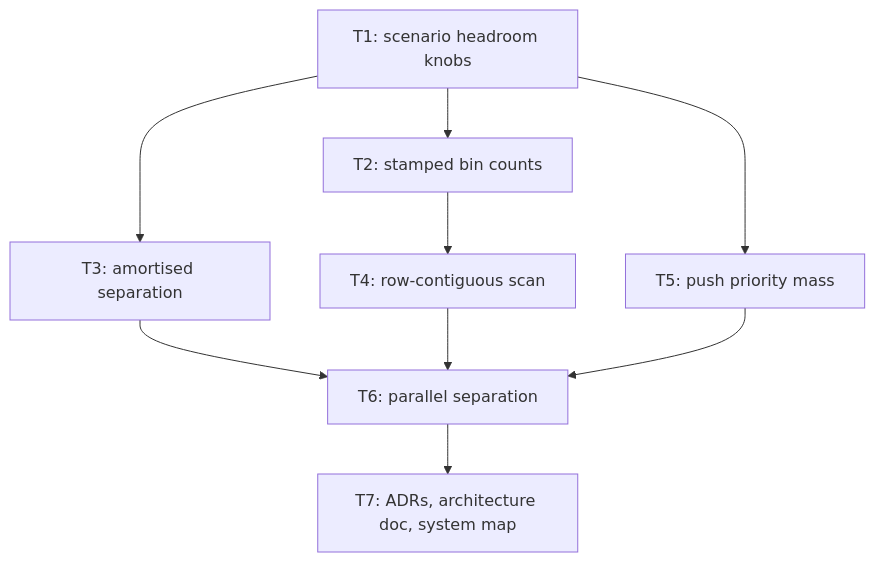
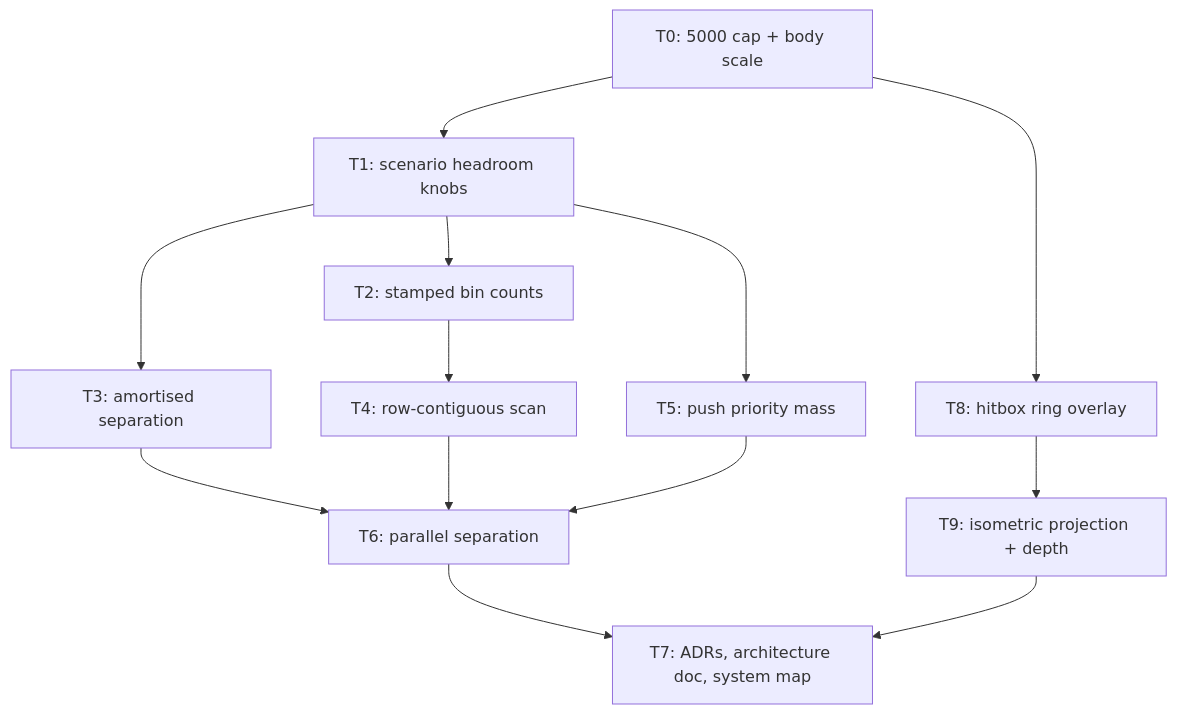
One commit to AronGomu/millions-must-die changed the diagram in ai-artifacts/PLAN_2026_08_09_horde-sim-headroom.md. Above: the diagram before and after it, drawn with Mermaid. The commit also changed other lines of this file and 10 other files, not shown here.

````diff
--- a/ai-artifacts/PLAN_2026_08_09_horde-sim-headroom.md
+++ b/ai-artifacts/PLAN_2026_08_09_horde-sim-headroom.md
@@ -129,11 +221,15 @@
 ```mermaid
 flowchart TD
-T1[T1: scenario headroom knobs] --> T2[T2: stamped bin counts]
+T0[T0: 5000 cap + body scale] --> T1[T1: scenario headroom knobs]
+T0 --> T8[T8: hitbox ring overlay]
+T1 --> T2[T2: stamped bin counts]
 T1 --> T3[T3: amortised separation]
 T2 --> T4[T4: row-contiguous scan]
 T1 --> T5[T5: push priority mass]
 T3 --> T6[T6: parallel separation]
 T4 --> T6
 T5 --> T6
+T8 --> T9[T9: isometric projection + depth]
 T6 --> T7[T7: ADRs, architecture doc, system map]
+T9 --> T7
 ```
````
